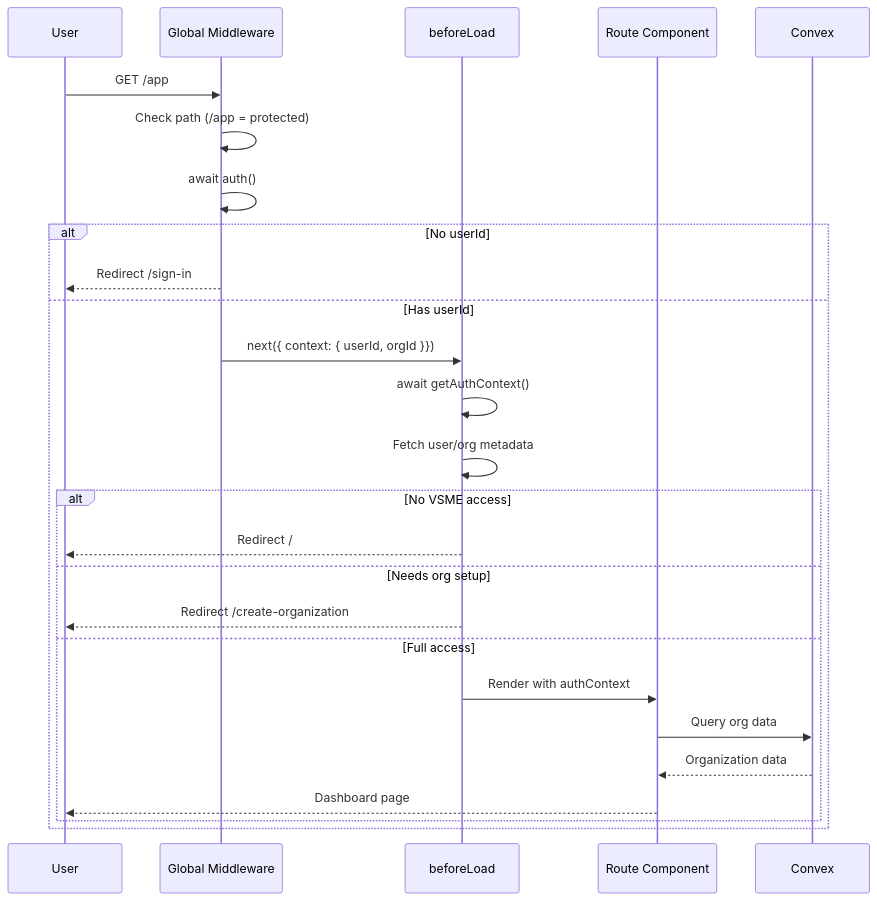
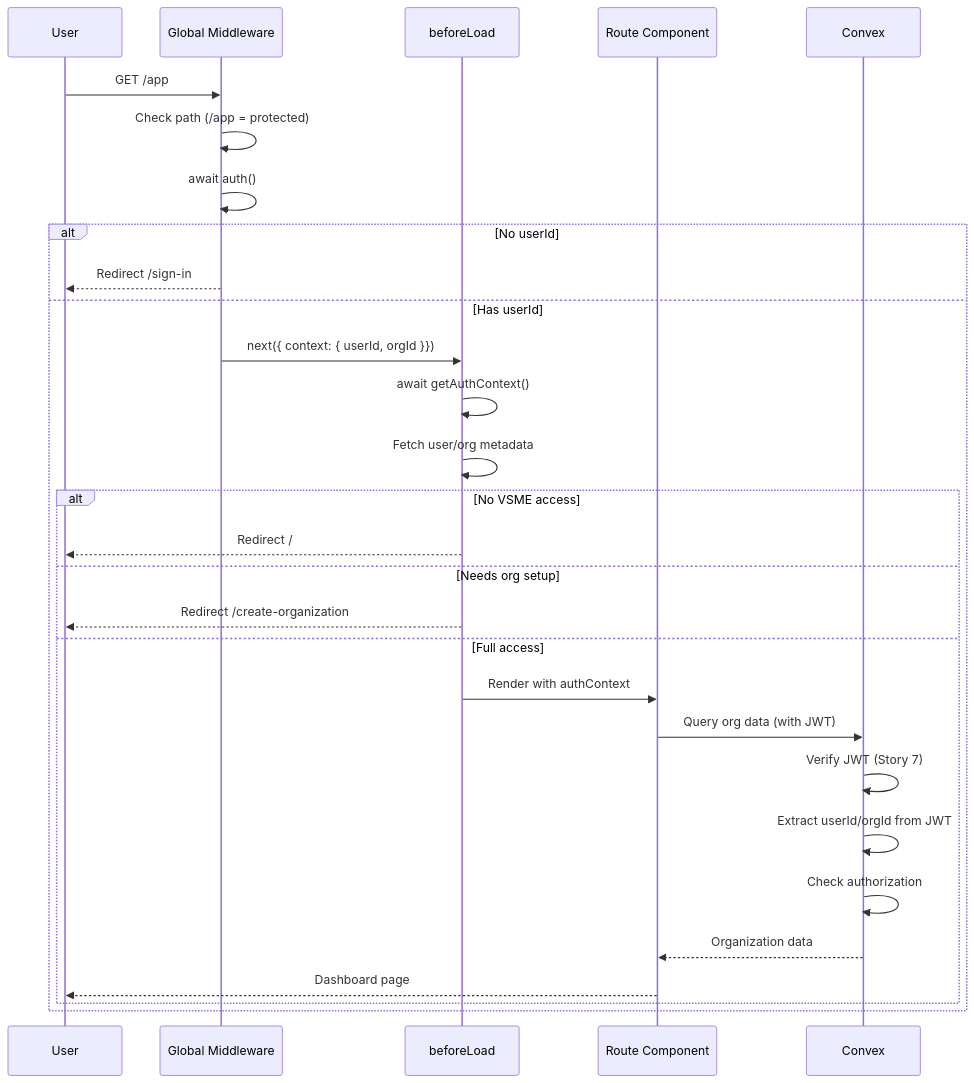
Before and after one commit to emelleby/tc-vsme: the third of 3 diagrams in docs/authentication-implementation-plan.md, drawn with Mermaid. The commit also changed other lines of this file and 22 other files, not shown here.

Commit message:
Story 7. JWT token with Convex interaction

````diff
--- a/docs/authentication-implementation-plan.md
+++ b/docs/authentication-implementation-plan.md
@@ -977,29 +1324,32 @@
 ```mermaid
 sequenceDiagram
     participant U as User
     participant GM as Global Middleware
     participant BL as beforeLoad
     participant R as Route Component
     participant C as Convex
 
     U->>GM: GET /app
     GM->>GM: Check path (/app = protected)
     GM->>GM: await auth()
     alt No userId
         GM-->>U: Redirect /sign-in
     else Has userId
         GM->>BL: next({ context: { userId, orgId }})
         BL->>BL: await getAuthContext()
         BL->>BL: Fetch user/org metadata
         alt No VSME access
             BL-->>U: Redirect /
         else Needs org setup
             BL-->>U: Redirect /create-organization
         else Full access
             BL->>R: Render with authContext
-            R->>C: Query org data
+            R->>C: Query org data (with JWT)
+            C->>C: Verify JWT (Story 7)
+            C->>C: Extract userId/orgId from JWT
+            C->>C: Check authorization
             C-->>R: Organization data
             R-->>U: Dashboard page
         end
     end
 ```
````
